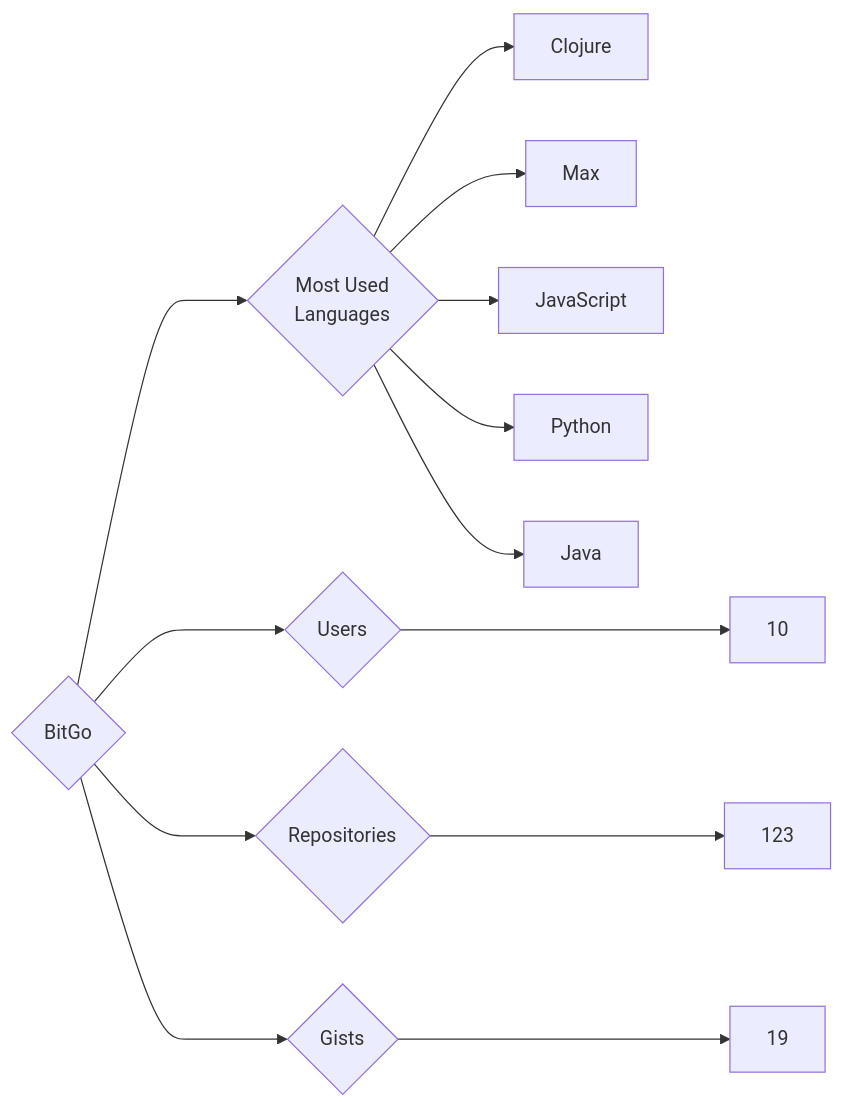
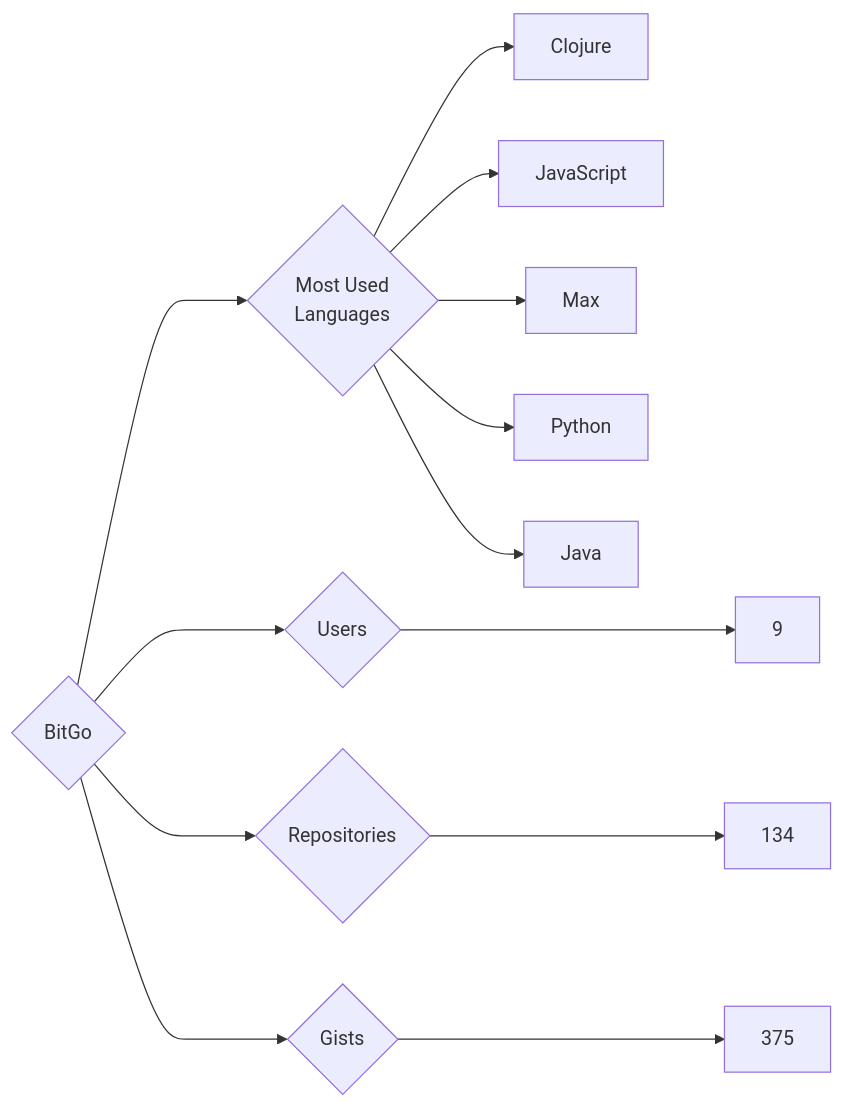
One commit to trickest/insiders changed the diagram in targets/BitGo/README.md. Above: the diagram before and after it, drawn with Mermaid. The commit also changed 1148 other files, not shown here.

````diff
--- a/targets/BitGo/README.md
+++ b/targets/BitGo/README.md
@@ -3,13 +3,13 @@
 ```mermaid
 graph LR
 COMPANY_NAME{BitGo}
-COMPANY_NAME ---> U{Users} ---> UN[10]
-COMPANY_NAME ---> R{Repositories} ---> RN[123]
-COMPANY_NAME ---> G{Gists} ---> GN[19]
+COMPANY_NAME ---> U{Users} ---> UN[9]
+COMPANY_NAME ---> R{Repositories} ---> RN[134]
+COMPANY_NAME ---> G{Gists} ---> GN[375]
 COMPANY_NAME ---> ML{Most Used<br>Languages}
 ML --> Clojure[Clojure]
+ML --> JavaScript[JavaScript]
 ML --> Max[Max]
-ML --> JavaScript[JavaScript]
 ML --> Python[Python]
 ML --> Java[Java]
 ```
````
